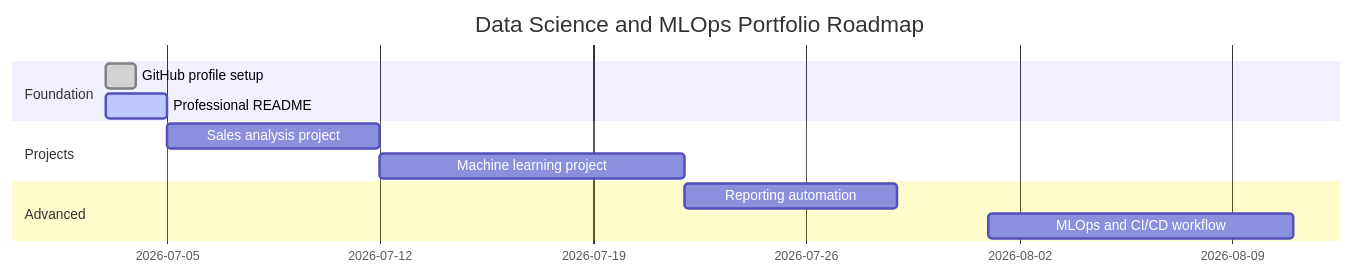
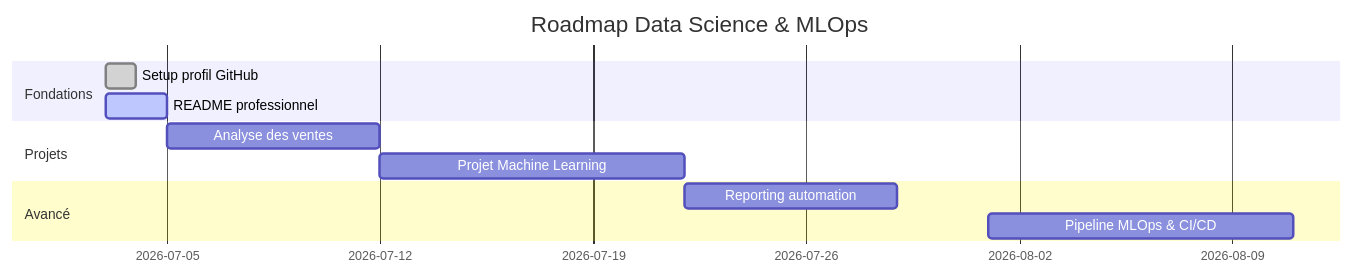
One commit to bileisaac/bileisaac changed the fourth of 4 diagrams in README.md. Above: the diagram before and after it, drawn with Mermaid. The commit also changed other lines of this file, not shown here.

````diff
--- a/README.md
+++ b/README.md
@@ -144,14 +150,14 @@
 ```mermaid
 gantt
-    title Data Science and MLOps Portfolio Roadmap
+    title Roadmap Data Science & MLOps
     dateFormat  YYYY-MM-DD
-    section Foundation
-    GitHub profile setup        :done, a1, 2026-07-03, 1d
-    Professional README         :active, a2, 2026-07-03, 2d
-    section Projects
-    Sales analysis project      :a3, 2026-07-05, 7d
-    Machine learning project    :a4, 2026-07-12, 10d
-    section Advanced
+    section Fondations
+    Setup profil GitHub         :done, a1, 2026-07-03, 1d
+    README professionnel        :active, a2, 2026-07-03, 2d
+    section Projets
+    Analyse des ventes          :a3, 2026-07-05, 7d
+    Projet Machine Learning     :a4, 2026-07-12, 10d
+    section Avancé
     Reporting automation        :a5, 2026-07-22, 7d
-    MLOps and CI/CD workflow    :a6, 2026-08-01, 10d
+    Pipeline MLOps & CI/CD      :a6, 2026-08-01, 10d
 ```
````
